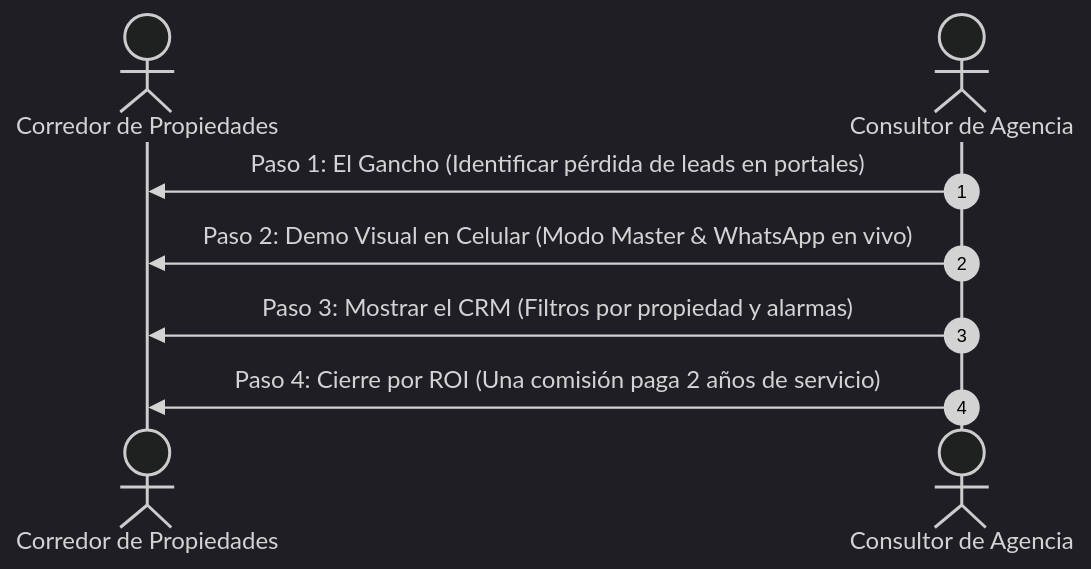
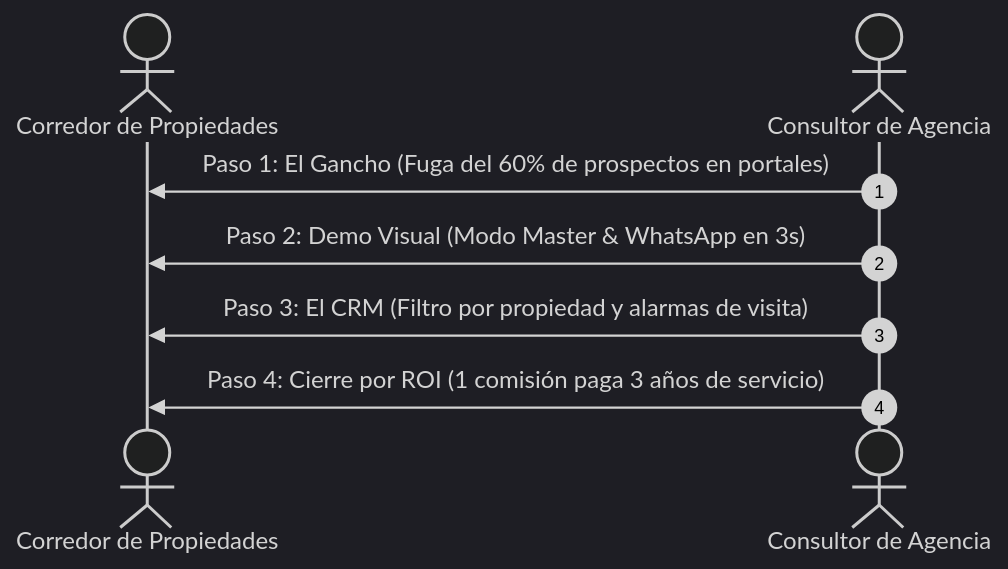
One commit to Setno/urbegestion-portal-inmobiliario-ia changed the diagram in PROPUESTA_COMERCIAL_Y_GUIA_VENTAS_INMOBILIARIA.md. Above: the diagram before and after it, drawn with Mermaid (dark theme). The commit also changed other lines of this file and 1 other file, not shown here.

````diff
--- a/PROPUESTA_COMERCIAL_Y_GUIA_VENTAS_INMOBILIARIA.md
+++ b/PROPUESTA_COMERCIAL_Y_GUIA_VENTAS_INMOBILIARIA.md
@@ -40,10 +33,10 @@
 ```mermaid
 sequenceDiagram
     autonumber
     actor Corredor as Corredor de Propiedades
     actor Tu as Consultor de Agencia
-    Tu->>Corredor: Paso 1: El Gancho (Identificar pérdida de leads en portales)
-    Tu->>Corredor: Paso 2: Demo Visual en Celular (Modo Master & WhatsApp en vivo)
-    Tu->>Corredor: Paso 3: Mostrar el CRM (Filtros por propiedad y alarmas)
-    Tu->>Corredor: Paso 4: Cierre por ROI (Una comisión paga 2 años de servicio)
+    Tu->>Corredor: Paso 1: El Gancho (Fuga del 60% de prospectos en portales)
+    Tu->>Corredor: Paso 2: Demo Visual (Modo Master & WhatsApp en 3s)
+    Tu->>Corredor: Paso 3: El CRM (Filtro por propiedad y alarmas de visita)
+    Tu->>Corredor: Paso 4: Cierre por ROI (1 comisión paga 3 años de servicio)
 ```
````
